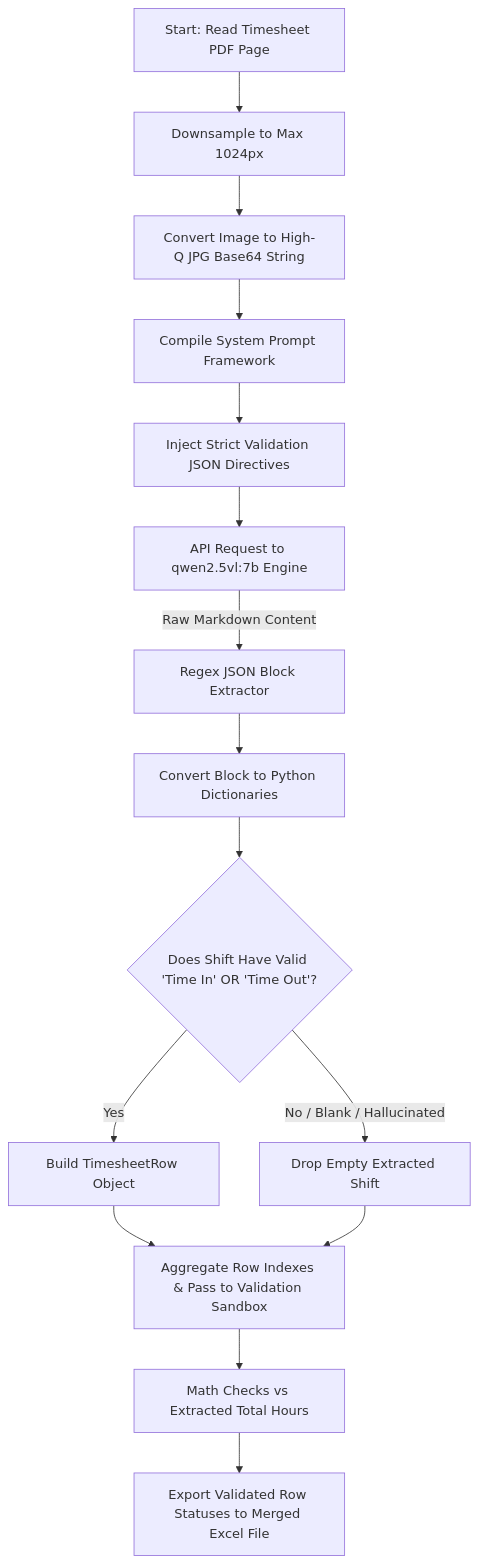
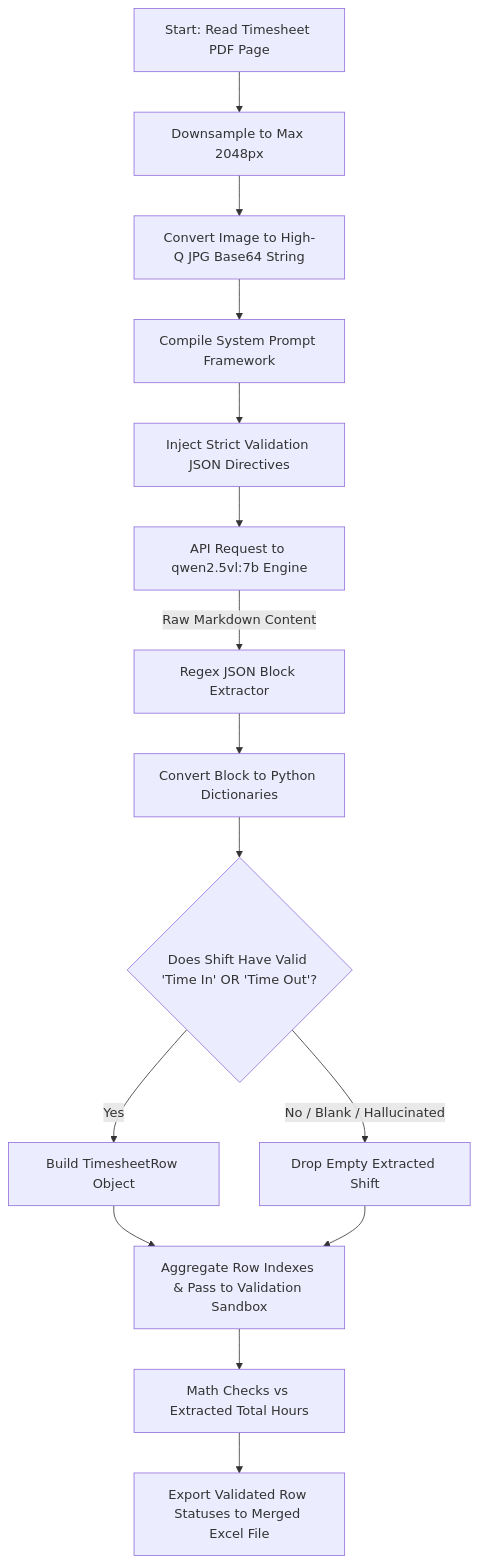
The diagram in workflows/vlm_full_page_flow.md (mohitagr18/timesheet-ocr), drawn with Mermaid before and after one commit. The commit also changed other lines of this file and 4 other files, not shown here.

````diff
--- a/workflows/vlm_full_page_flow.md
+++ b/workflows/vlm_full_page_flow.md
@@ -13,20 +13,20 @@
 ```mermaid
 graph TD
-    A[Start: Read Timesheet PDF Page] --> B[Downsample to Max 1024px]
+    A[Start: Read Timesheet PDF Page] --> B[Downsample to Max 2048px]
     B --> C[Convert Image to High-Q JPG Base64 String]
     
     C --> D[Compile System Prompt Framework]
     D --> E[Inject Strict Validation JSON Directives]
     E --> F[API Request to qwen2.5vl:7b Engine]
     
     F -->|Raw Markdown Content| G[Regex JSON Block Extractor]
     G --> H[Convert Block to Python Dictionaries]
     
     H --> I{Does Shift Have Valid 'Time In' OR 'Time Out'?}
     I -->|Yes| J[Build TimesheetRow Object]
     I -->|No / Blank / Hallucinated| K[Drop Empty Extracted Shift]
     
     J & K --> L[Aggregate Row Indexes & Pass to Validation Sandbox]
     L --> M[Math Checks vs Extracted Total Hours]
     M --> N[Export Validated Row Statuses to Merged Excel File]
 ```
````
